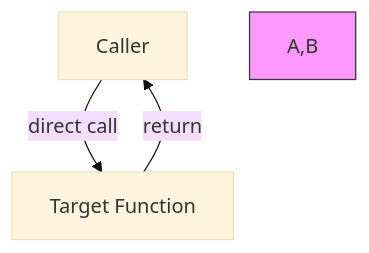
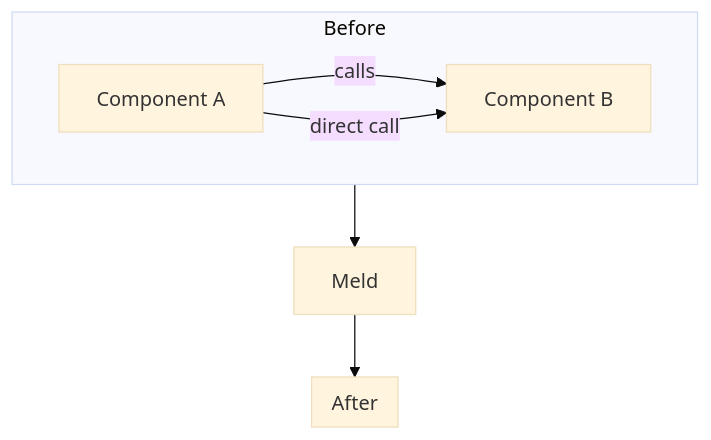
One commit to pulseengine/meld changed diagram 16 of 16 in meld-core/ARCHITECTURE.md. Above: the diagram before and after it, drawn with Mermaid (base theme). The commit also changed other lines of this file, not shown here.

First line of the commit message:
docs(arch): simplify architecture documentation

````diff
--- a/meld-core/ARCHITECTURE.md
+++ b/meld-core/ARCHITECTURE.md
@@ -409,7 +219,12 @@
 ```mermaid
 flowchart TD
-    A[Caller] -->|direct call| B[Target Function]
-    B -->|return| A
+    subgraph Before
+        A[Component A] -->|calls| B[Component B]
+    end
 
-    style A,B fill:#f9f,stroke:#333
+    subgraph After
+        A -->|direct call| B
+    end
+
+    Before --> Meld --> After
 ```
````
